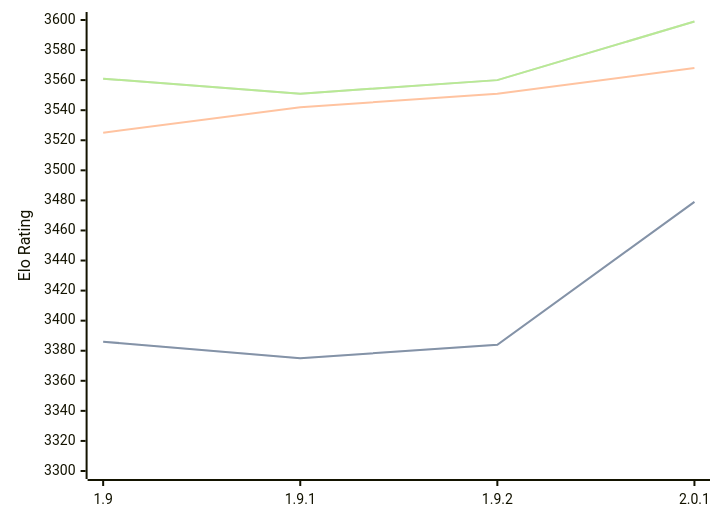
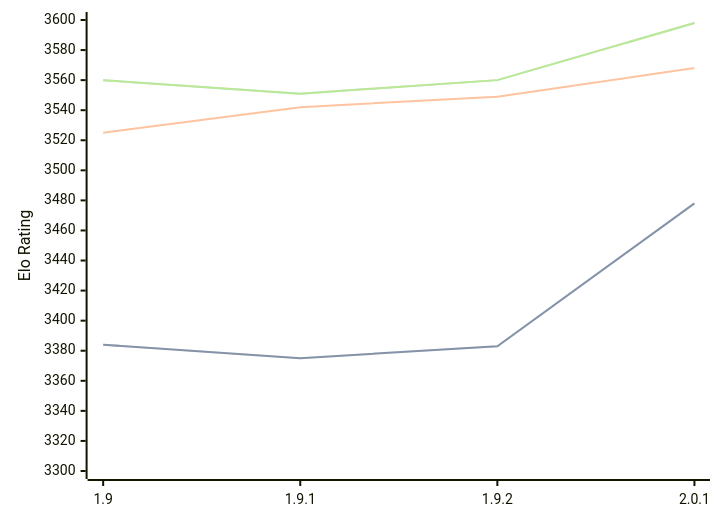
The diagram in engines/Pawnocchio.md (computer-chess-index/cci), drawn with Mermaid before and after one commit. The commit also changed other lines of this file, not shown here.

Commit message:
Update CCI Ratings (ELO VLTC) - 2026-10-01

````diff
--- a/engines/Pawnocchio.md
+++ b/engines/Pawnocchio.md
@@ -36,11 +36,11 @@
 ```mermaid
 %%{init: {"theme":"base","themeVariables":{"seriesColors:['#a3a3a3','#222221','#faa371']}}}%%
 xychart-beta
   x-axis ["1.9", "1.9.1", "1.9.2", "2.0.1"]
   y-axis "Elo Rating" 3300 --> 3600
-  line "" [3386, 3375, 3384, 3479]
-  line "STC (8.0+0.08s)" [3386, 3375, 3384, 3479]
-  line "LTC (60.0+0.60s)" [3525, 3542, 3551, 3568]
-  line "" [3561, 3551, 3560, 3599]
-  line "VLTC (2m24s+1.12s)" [3561, 3551, 3560, 3599]
+  line "" [3384, 3375, 3383, 3478]
+  line "STC (8.0+0.08s)" [3384, 3375, 3383, 3478]
+  line "LTC (60.0+0.60s)" [3525, 3542, 3549, 3568]
+  line "" [3560, 3551, 3560, 3598]
+  line "VLTC (2m24s+1.12s)" [3560, 3551, 3560, 3598]
 ```
````
